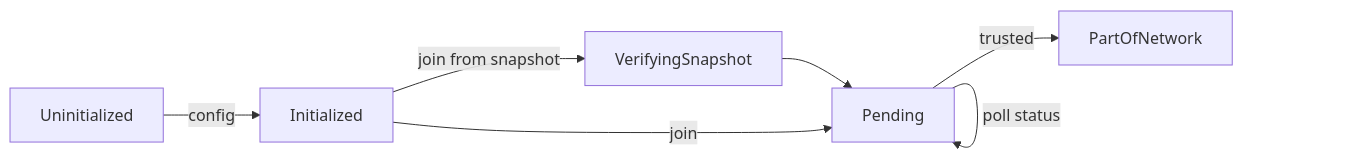
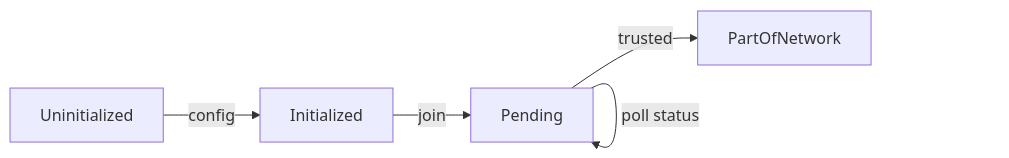
The second of 3 diagrams in doc/operations/start_network.rst (microsoft/CCF), drawn with Mermaid before and after one commit. The commit also changed 4 other files, not shown here.

```diff
--- a/doc/operations/start_network.rst
+++ b/doc/operations/start_network.rst
@@ -45,9 +45,7 @@
 .. mermaid::
 
     graph LR;
         Uninitialized-- config -->Initialized;
-        Initialized-- join from snapshot -->VerifyingSnapshot;
-        VerifyingSnapshot-->Pending;
         Initialized-- join -->Pending;
         Pending-- poll status -->Pending;
         Pending-- trusted -->PartOfNetwork;
```
